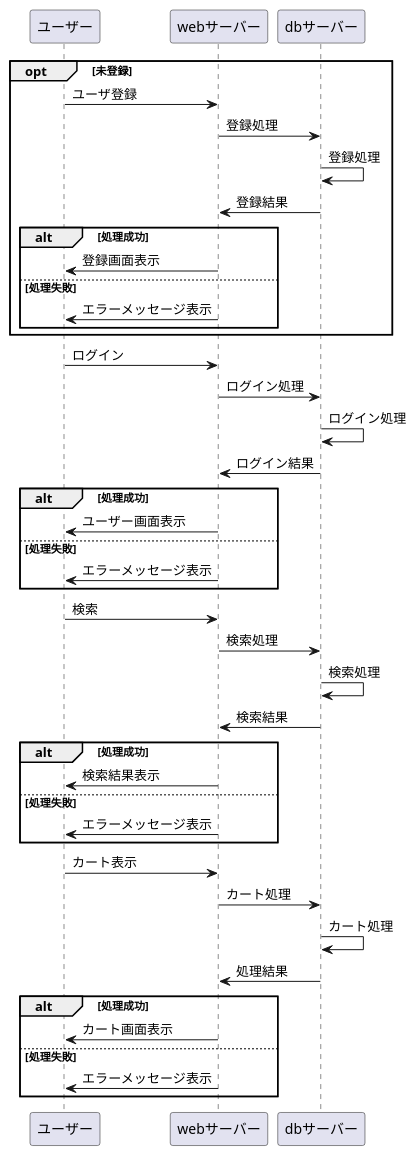
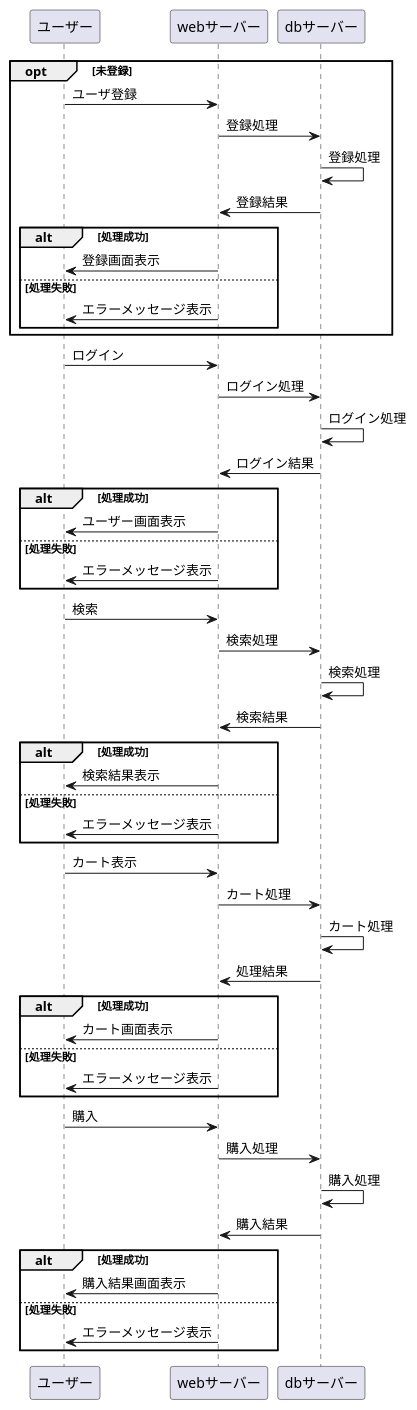
The diagram in 第9回レポート.md (Aso2001147/2021sys-design), drawn with PlantUML before and after one commit.

````diff
--- a/第9回レポート.md
+++ b/第9回レポート.md
@@ -1,46 +1,57 @@
 ```uml
 @startuml
 opt 未登録
 ユーザー -> webサーバー:ユーザ登録
 webサーバー -> dbサーバー:登録処理
 dbサーバー -> dbサーバー:登録処理
 dbサーバー -> webサーバー:登録結果
 alt 処理成功
 webサーバー -> ユーザー:登録画面表示
 else 処理失敗
 webサーバー -> ユーザー:エラーメッセージ表示
 end
 end
 
 ユーザー -> webサーバー:ログイン
 webサーバー -> dbサーバー:ログイン処理
 dbサーバー -> dbサーバー:ログイン処理
 dbサーバー -> webサーバー:ログイン結果
 alt 処理成功
 webサーバー -> ユーザー:ユーザー画面表示
 else 処理失敗
 webサーバー -> ユーザー:エラーメッセージ表示
 end
 
 
 ユーザー -> webサーバー:検索
 webサーバー -> dbサーバー:検索処理
 dbサーバー -> dbサーバー:検索処理
 dbサーバー -> webサーバー:検索結果
 alt 処理成功
 webサーバー -> ユーザー:検索結果表示
 else 処理失敗
 webサーバー -> ユーザー:エラーメッセージ表示
 end
 
 ユーザー -> webサーバー:カート表示
 webサーバー -> dbサーバー:カート処理
 dbサーバー -> dbサーバー:カート処理
 dbサーバー -> webサーバー:処理結果
 alt 処理成功
 webサーバー -> ユーザー:カート画面表示
 else 処理失敗
 webサーバー -> ユーザー:エラーメッセージ表示
 end
+
+ユーザー -> webサーバー:購入
+webサーバー -> dbサーバー:購入処理
+dbサーバー -> dbサーバー:購入処理
+dbサーバー -> webサーバー:購入結果
+alt 処理成功
+webサーバー -> ユーザー:購入結果画面表示
+else 処理失敗
+webサーバー -> ユーザー:エラーメッセージ表示
+end
+
 @enduml
 ```
````
